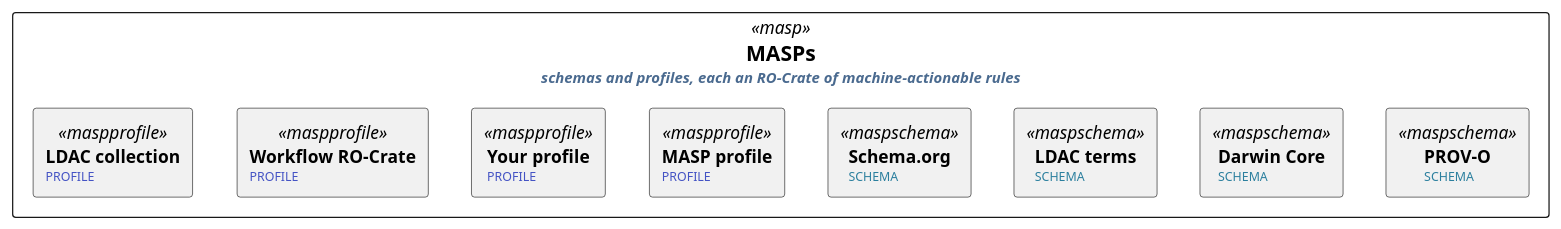
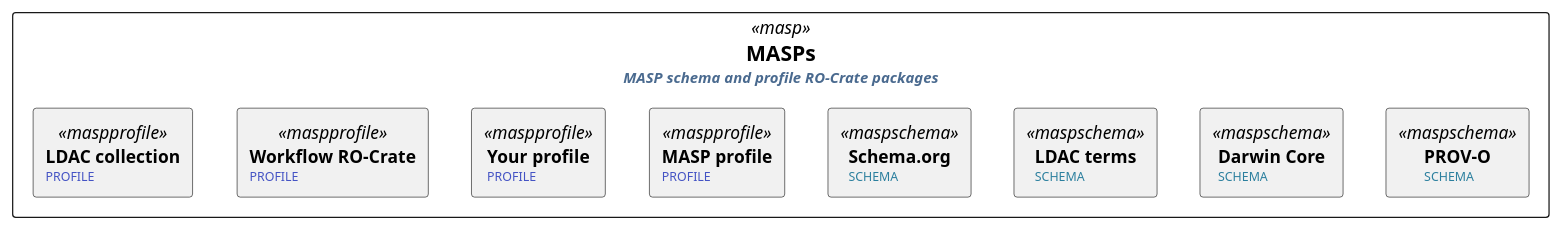
One commit to Language-Research-Technology/ro-crate-masp changed the diagram in docs/diagrams/masp-examples.iuml. Above: the diagram before and after it, drawn with PlantUML. The commit also changed 4 other files, not shown here.

Commit message:
MASPs box subtitle: MASP schema and profile RO-Crate packages

```diff
--- a/docs/diagrams/masp-examples.iuml
+++ b/docs/diagrams/masp-examples.iuml
@@ -1,28 +1,28 @@
 ' The MASPs group shared by the editing and deposit diagrams.
 ' Include after masp-style.iuml with:  !include masp-examples.iuml
 ' Defines: masps (the group)
 '   schemas row:  m_org, m_ldact, m_dwc, m_prov
 '   profiles row: m_ldac, m_wf, m_yours, m_masp
 ' Each diagram decides which row is on top, so the profiles face the arrows:
 '   profiles on top:    m_ldac -[hidden]down- m_ldact
 '   schemas on top:     m_ldact -[hidden]down- m_ldac
 
-rectangle "<size:17><b>MASPs</b></size>\n<size:12><color:#4A6A8F><i>schemas and profiles, each an RO-Crate of machine-actionable rules</i></color></size>" <<masp>> as masps {
+rectangle "<size:17><b>MASPs</b></size>\n<size:12><color:#4A6A8F><i>MASP schema and profile RO-Crate packages</i></color></size>" <<masp>> as masps {
   rectangle "<b>Schema.org</b>\n<size:10><color:#2B7F9E>SCHEMA</color></size>" <<maspschema>> as m_org
   rectangle "<b>LDAC terms</b>\n<size:10><color:#2B7F9E>SCHEMA</color></size>" <<maspschema>> as m_ldact
   rectangle "<b>Darwin Core</b>\n<size:10><color:#2B7F9E>SCHEMA</color></size>" <<maspschema>> as m_dwc
   rectangle "<b>PROV-O</b>\n<size:10><color:#2B7F9E>SCHEMA</color></size>" <<maspschema>> as m_prov
 
   rectangle "<b>LDAC collection</b>\n<size:10><color:#4453C4>PROFILE</color></size>" <<maspprofile>> as m_ldac
   rectangle "<b>Workflow RO-Crate</b>\n<size:10><color:#4453C4>PROFILE</color></size>" <<maspprofile>> as m_wf
   rectangle "<b>Your profile</b>\n<size:10><color:#4453C4>PROFILE</color></size>" <<maspprofile>> as m_yours
   rectangle "<b>MASP profile</b>\n<size:10><color:#4453C4>PROFILE</color></size>" <<maspprofile>> as m_masp
 }
 
 ' Each row in a single line
 m_org -[hidden]right- m_ldact
 m_ldact -[hidden]right- m_dwc
 m_dwc -[hidden]right- m_prov
 m_ldac -[hidden]right- m_wf
 m_wf -[hidden]right- m_yours
 m_yours -[hidden]right- m_masp
```
